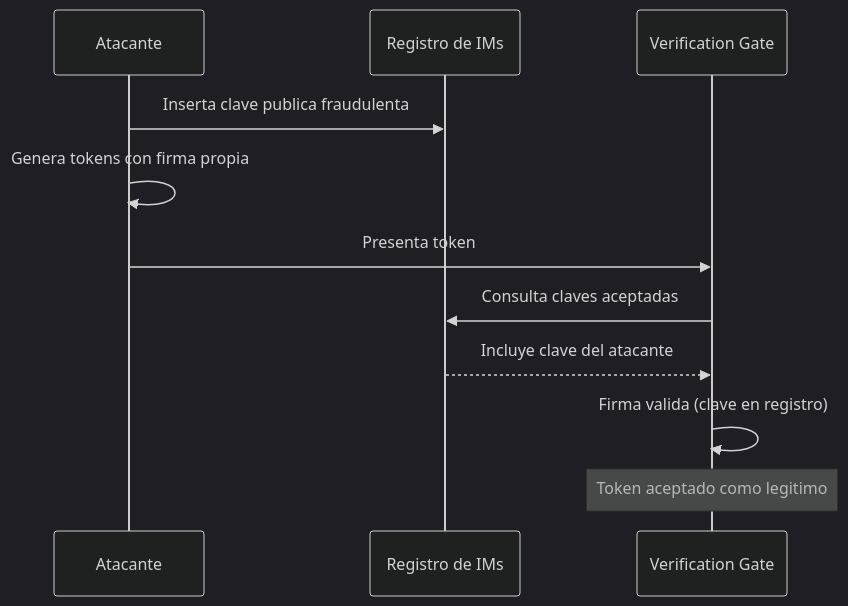
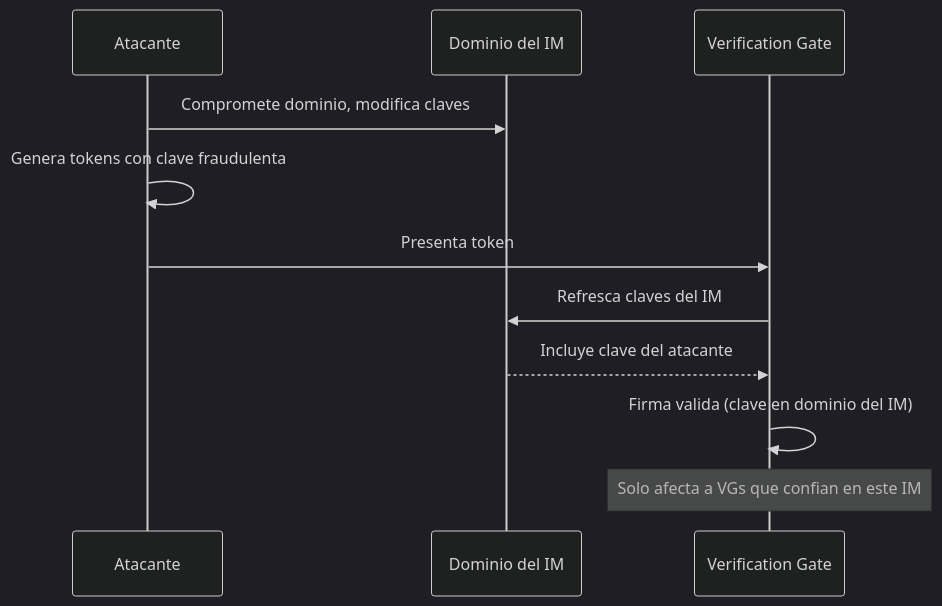
Before and after one commit to jorgej-ramos/AAVP: the first of 7 diagrams in SECURITY-ANALYSIS.md, drawn with Mermaid (dark theme). The commit also changed other lines of this file and 2 other files, not shown here.

````diff
--- a/SECURITY-ANALYSIS.md
+++ b/SECURITY-ANALYSIS.md
@@ -373,14 +380,14 @@
 ```mermaid
 sequenceDiagram
     participant A as Atacante
-    participant R as Registro de IMs
+    participant D as Dominio del IM
     participant VG as Verification Gate
 
-    A->>R: Inserta clave publica fraudulenta
-    A->>A: Genera tokens con firma propia
+    A->>D: Compromete dominio, modifica claves
+    A->>A: Genera tokens con clave fraudulenta
     A->>VG: Presenta token
-    VG->>R: Consulta claves aceptadas
-    R-->>VG: Incluye clave del atacante
-    VG->>VG: Firma valida (clave en registro)
-    Note over VG: Token aceptado como legitimo
+    VG->>D: Refresca claves del IM
+    D-->>VG: Incluye clave del atacante
+    VG->>VG: Firma valida (clave en dominio del IM)
+    Note over VG: Solo afecta a VGs que confian en este IM
 ```
````
